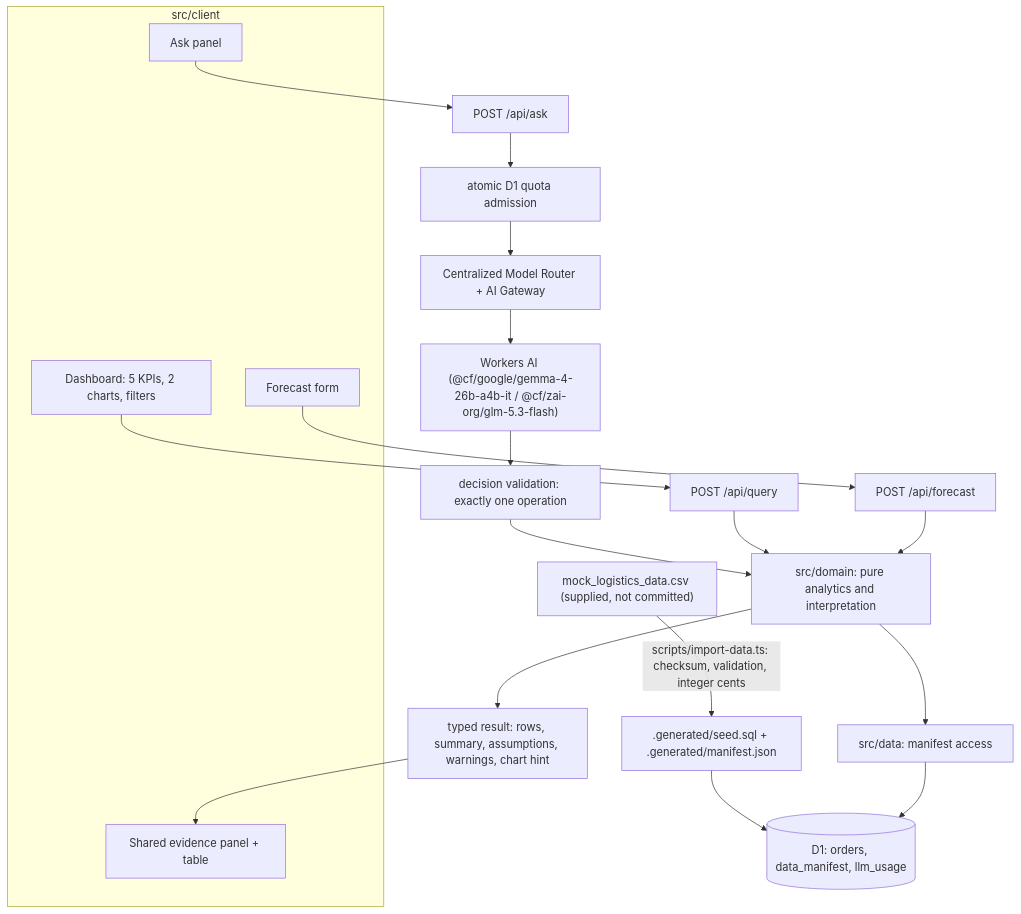
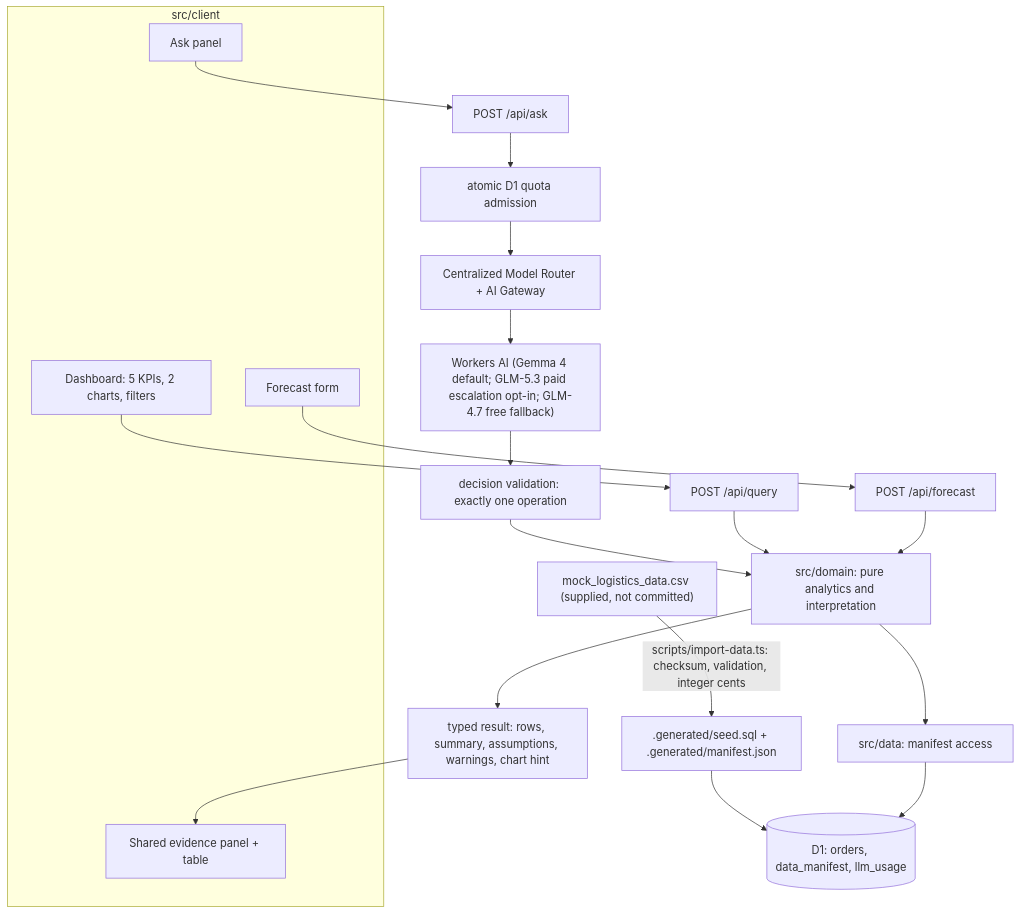
The diagram in README.md (itanium-g/logistics-data-analytics), drawn with Mermaid before and after one commit. The commit also changed other lines of this file and 29 other files, not shown here.

````diff
--- a/README.md
+++ b/README.md
@@ -89,29 +112,29 @@
 ```mermaid
 flowchart TD
     CSV["mock_logistics_data.csv (supplied, not committed)"]
       -->|"scripts/import-data.ts: checksum, validation, integer cents"| SEED[".generated/seed.sql + .generated/manifest.json"]
     SEED --> D1[("D1: orders, data_manifest, llm_usage")]
 
     subgraph browser["src/client"]
       DASH["Dashboard: 5 KPIs, 2 charts, filters"]
       ASK["Ask panel"]
       FC["Forecast form"]
       EV["Shared evidence panel + table"]
     end
 
     DASH --> Q["POST /api/query"]
     FC --> F["POST /api/forecast"]
     ASK --> A["POST /api/ask"]
 
     A --> GUARD["atomic D1 quota admission"]
     GUARD --> ROUTER["Centralized Model Router + AI Gateway"]
-    ROUTER --> MODEL["Workers AI (@cf/google/gemma-4-26b-a4b-it / @cf/zai-org/glm-5.3-flash)"]
+    ROUTER --> MODEL["Workers AI (Gemma 4 default; GLM-5.3 paid escalation opt-in; GLM-4.7 free fallback)"]
     MODEL --> VAL["decision validation: exactly one operation"]
     VAL --> DOMAIN
     Q --> DOMAIN["src/domain: pure analytics and interpretation"]
     F --> DOMAIN
     DOMAIN --> DATA["src/data: manifest access"]
     DATA --> D1
     DOMAIN --> RES["typed result: rows, summary, assumptions, warnings, chart hint"]
     RES --> EV
 ```
````
